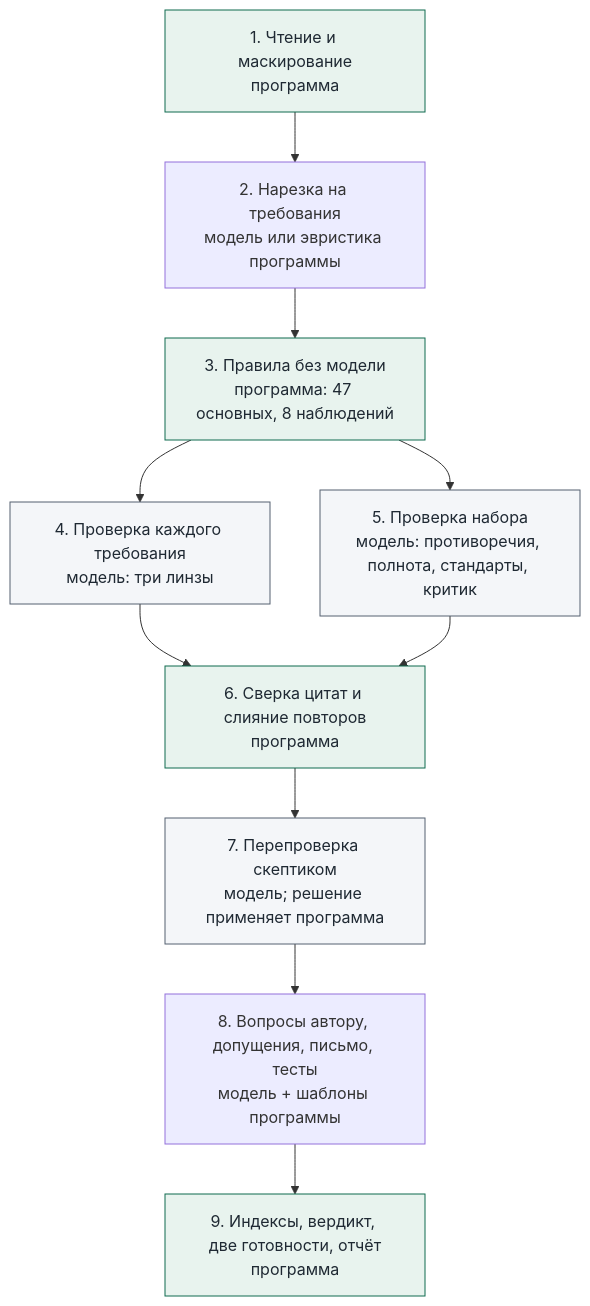
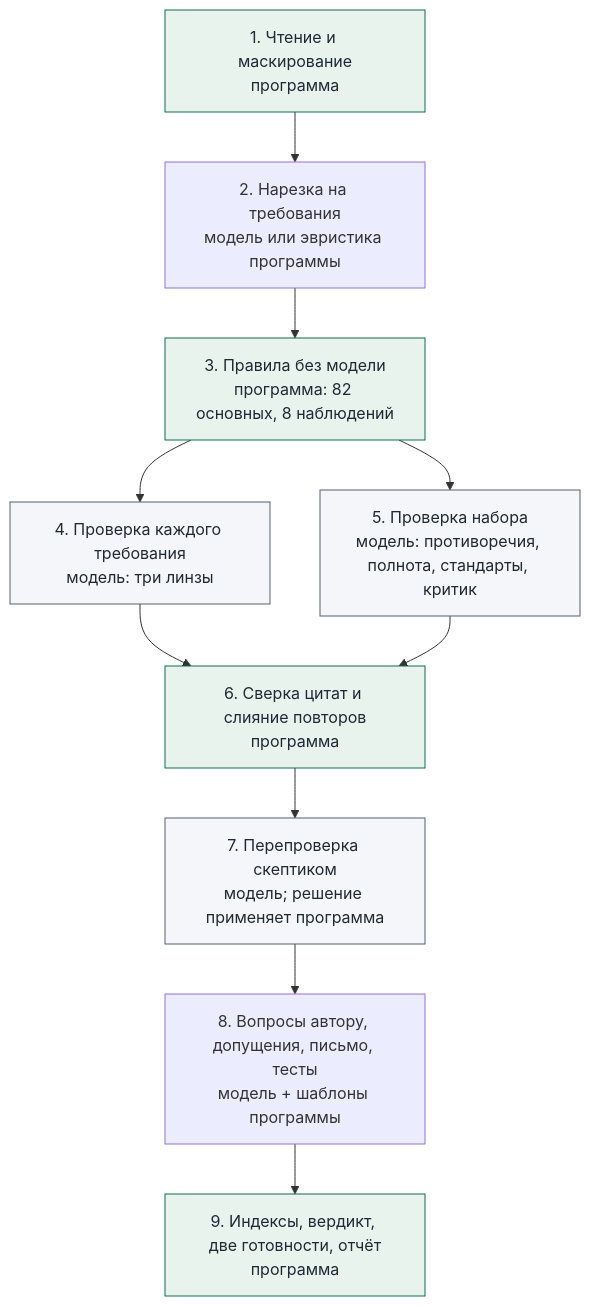
Before and after one commit to Artmaster5/revizor-tz: the first of 5 diagrams in docs/ARCHITECTURE.md, drawn with Mermaid. The commit also changed other lines of this file and 135 other files, not shown here.

First line of the commit message:
Версия 1.5.0: 82 правила без модели и уточнение автора в ответе

````diff
--- a/docs/ARCHITECTURE.md
+++ b/docs/ARCHITECTURE.md
@@ -11,16 +11,16 @@
 ```mermaid
 flowchart TD
     S1["1. Чтение и маскирование<br/>программа"] --> S2["2. Нарезка на требования<br/>модель или эвристика программы"]
-    S2 --> S3["3. Правила без модели<br/>программа: 47 основных, 8 наблюдений"]
+    S2 --> S3["3. Правила без модели<br/>программа: 82 основных, 8 наблюдений"]
     S3 --> S4["4. Проверка каждого требования<br/>модель: три линзы"]
     S3 --> S5["5. Проверка набора<br/>модель: противоречия, полнота, стандарты, критик"]
     S4 --> S6["6. Сверка цитат и слияние повторов<br/>программа"]
     S5 --> S6
     S6 --> S7["7. Перепроверка скептиком<br/>модель; решение применяет программа"]
     S7 --> S8["8. Вопросы автору, допущения, письмо, тесты<br/>модель + шаблоны программы"]
     S8 --> S9["9. Индексы, вердикт, две готовности, отчёт<br/>программа"]
     classDef code fill:#e8f3ee,stroke:#0f6b4f,color:#1f2933;
     classDef model fill:#f4f6f9,stroke:#556170,color:#1f2933;
     class S1,S3,S6,S9 code;
     class S4,S5,S7 model;
 ```
````
